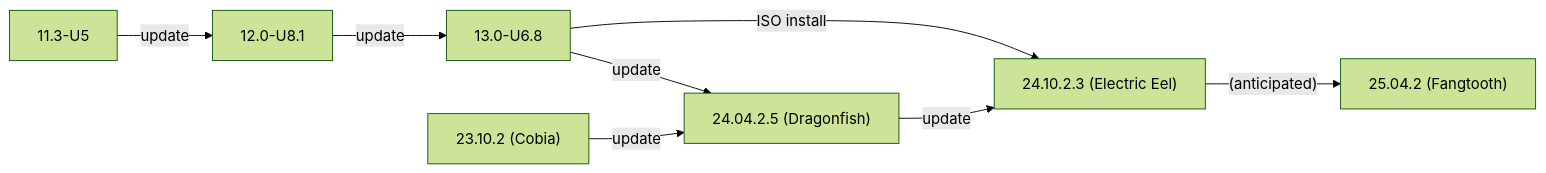
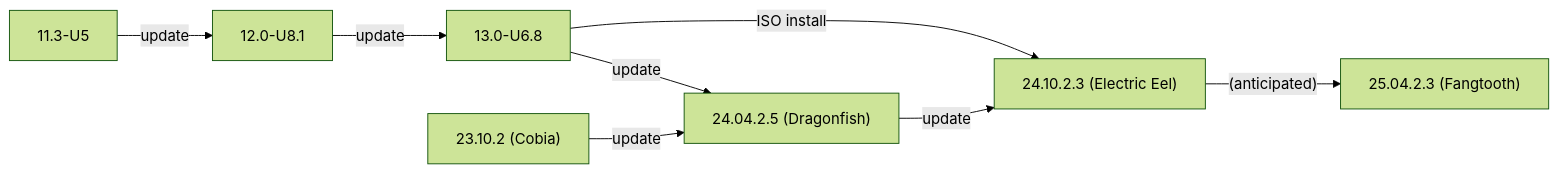
Before and after one commit to truenas/documentation: the second of 2 diagrams in static/includes/SCALEUpgradePaths.md, drawn with Mermaid (forest theme). The commit also changed other lines of this file, not shown here.

```diff
--- a/static/includes/SCALEUpgradePaths.md
+++ b/static/includes/SCALEUpgradePaths.md
@@ -87,11 +87,11 @@
           {{< mermaid class="mermaid_sizing" >}}
           flowchart LR
             A["11.3-U5"] -->|update| B
             B["12.0-U8.1"] -->|update| C
             C["13.0-U6.8"] -->|ISO install| F
             C -->|update| E
             D["23.10.2 (Cobia)"] -->|update| E
             E["24.04.2.5 (Dragonfish)"]  -->|update| F
             F["24.10.2.3 (Electric Eel)"] -->|"(anticipated)"| G
-            G["25.04.2 (Fangtooth)"]
+            G["25.04.2.3 (Fangtooth)"]
           {{< /mermaid >}}
```
